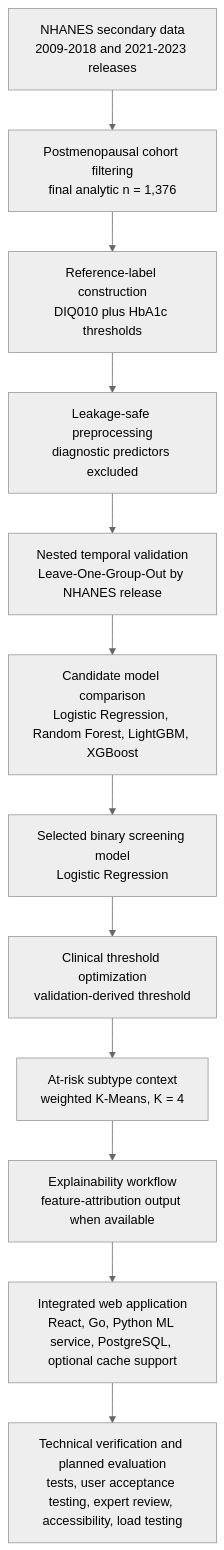
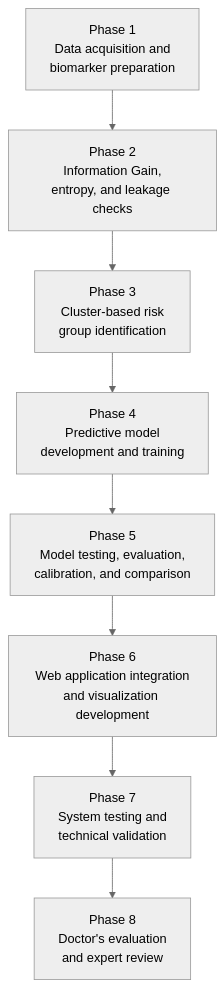
One commit to Skufu/DianaV2 changed the first of 6 diagrams in docs/07-research/thesis-drafts/ch3+4-final-academic-draft.md. Above: the diagram before and after it, drawn with Mermaid (neutral theme). The commit also changed other lines of this file and 63 other files, not shown here.

````diff
--- a/docs/07-research/thesis-drafts/ch3+4-final-academic-draft.md
+++ b/docs/07-research/thesis-drafts/ch3+4-final-academic-draft.md
@@ -21,14 +19,13 @@
 ```mermaid
 flowchart TB
-    A["NHANES secondary data<br/>2009-2018 and 2021-2023 releases"] --> B["Postmenopausal cohort filtering<br/>final analytic n = 1,376"]
-    B --> C["Reference-label construction<br/>DIQ010 plus HbA1c thresholds"]
-    C --> D["Leakage-safe preprocessing<br/>diagnostic predictors excluded"]
-    D --> E["Nested temporal validation<br/>Leave-One-Group-Out by NHANES release"]
-    E --> F["Candidate model comparison<br/>Logistic Regression, Random Forest, LightGBM, XGBoost"]
-    F --> G["Selected binary screening model<br/>Logistic Regression"]
-    G --> H["Clinical threshold optimization<br/>validation-derived threshold"]
-    H --> I["At-risk subtype context<br/>weighted K-Means, K = 4"]
-    I --> J["Explainability workflow<br/>feature-attribution output when available"]
-    J --> K["Integrated web application<br/>React, Go, Python ML service, PostgreSQL, optional cache support"]
-    K --> L["Technical verification and planned evaluation<br/>tests, user acceptance testing, expert review, accessibility, load testing"]
+    P1["Phase 1<br/>Data acquisition and<br/>biomarker preparation"]
+    P2["Phase 2<br/>Information Gain,<br/>entropy, and leakage checks"]
+    P3["Phase 3<br/>Cluster-based risk<br/>group identification"]
+    P4["Phase 4<br/>Predictive model<br/>development and training"]
+    P5["Phase 5<br/>Model testing, evaluation,<br/>calibration, and comparison"]
+    P6["Phase 6<br/>Web application integration<br/>and visualization development"]
+    P7["Phase 7<br/>System testing and<br/>technical validation"]
+    P8["Phase 8<br/>Doctor's evaluation<br/>and expert review"]
+
+    P1 --> P2 --> P3 --> P4 --> P5 --> P6 --> P7 --> P8
 ```
````
